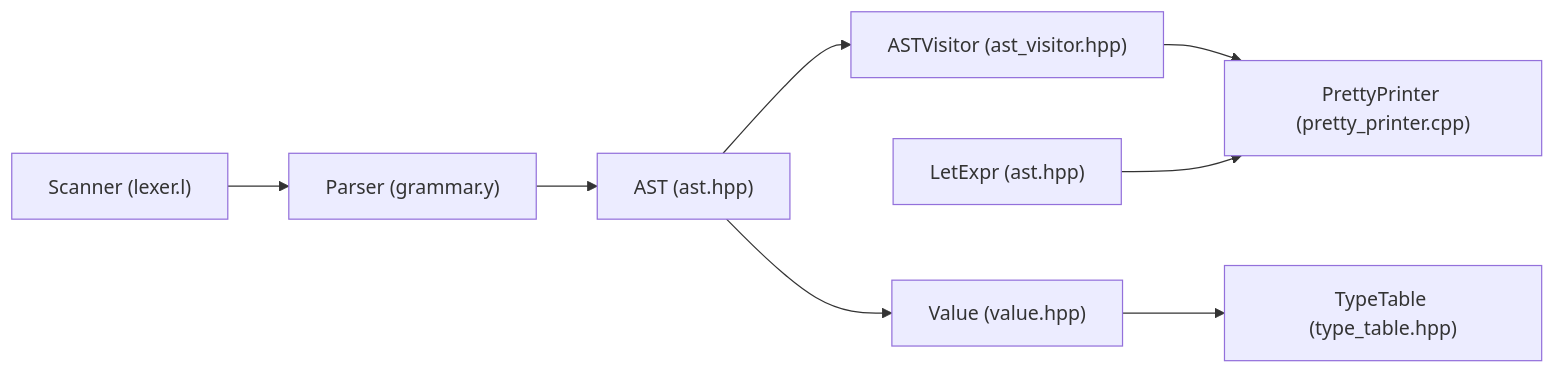
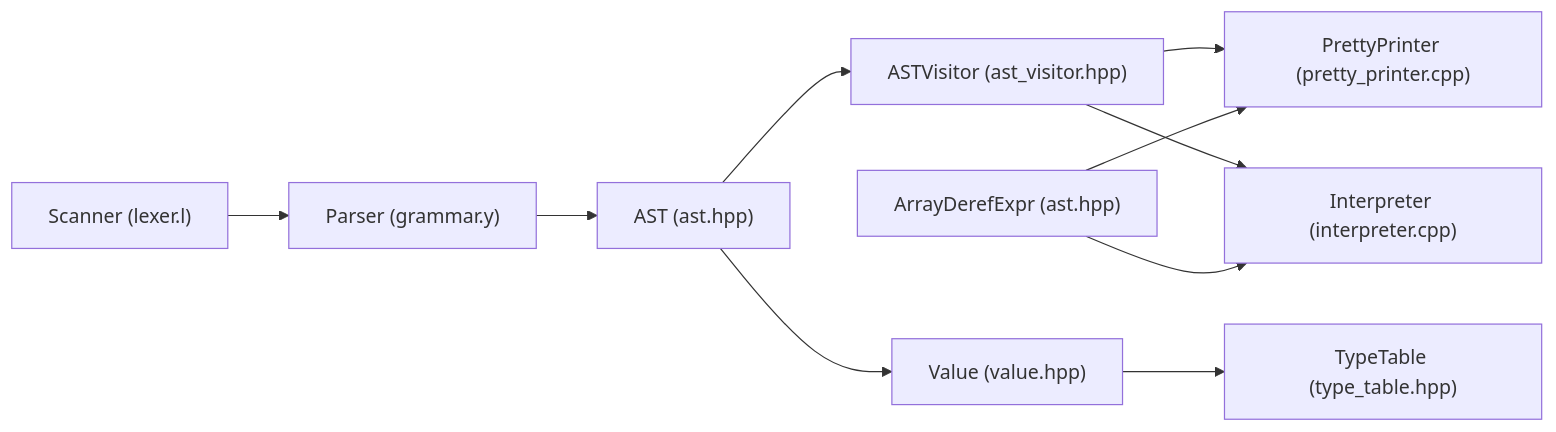
Before and after one commit to littlebirds/modern_bision: the fourth of 4 diagrams in .qoder/repowiki/en/content/Language Specification.md, drawn with Mermaid. The commit also changed other lines of this file and 6 other files, not shown here.

Commit message:
add unit test for evaluting ArrayDeref expr

````diff
--- a/.qoder/repowiki/en/content/Language Specification.md
+++ b/.qoder/repowiki/en/content/Language Specification.md
@@ -441,10 +509,12 @@
 ```mermaid
 graph LR
 Scanner["Scanner (lexer.l)"] --> Parser["Parser (grammar.y)"]
 Parser --> AST["AST (ast.hpp)"]
 AST --> Visitor["ASTVisitor (ast_visitor.hpp)"]
 Visitor --> Pretty["PrettyPrinter (pretty_printer.cpp)"]
+Visitor --> Interp["Interpreter (interpreter.cpp)"]
 Value["Value (value.hpp)"] --> Type["TypeTable (type_table.hpp)"]
 AST --> Value
-LetExpr["LetExpr (ast.hpp)"] --> Pretty
+ArrayDerefExpr["ArrayDerefExpr (ast.hpp)"] --> Pretty
+ArrayDerefExpr["ArrayDerefExpr (ast.hpp)"] --> Interp
 ```
````
